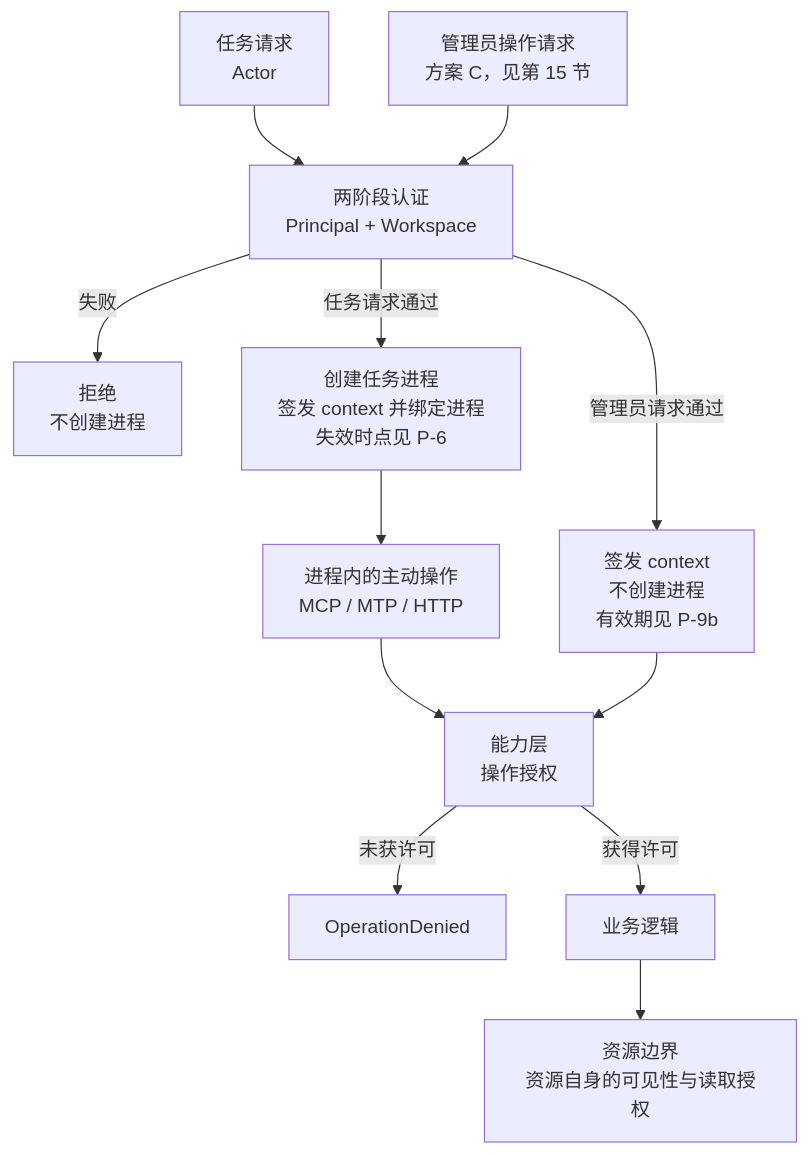
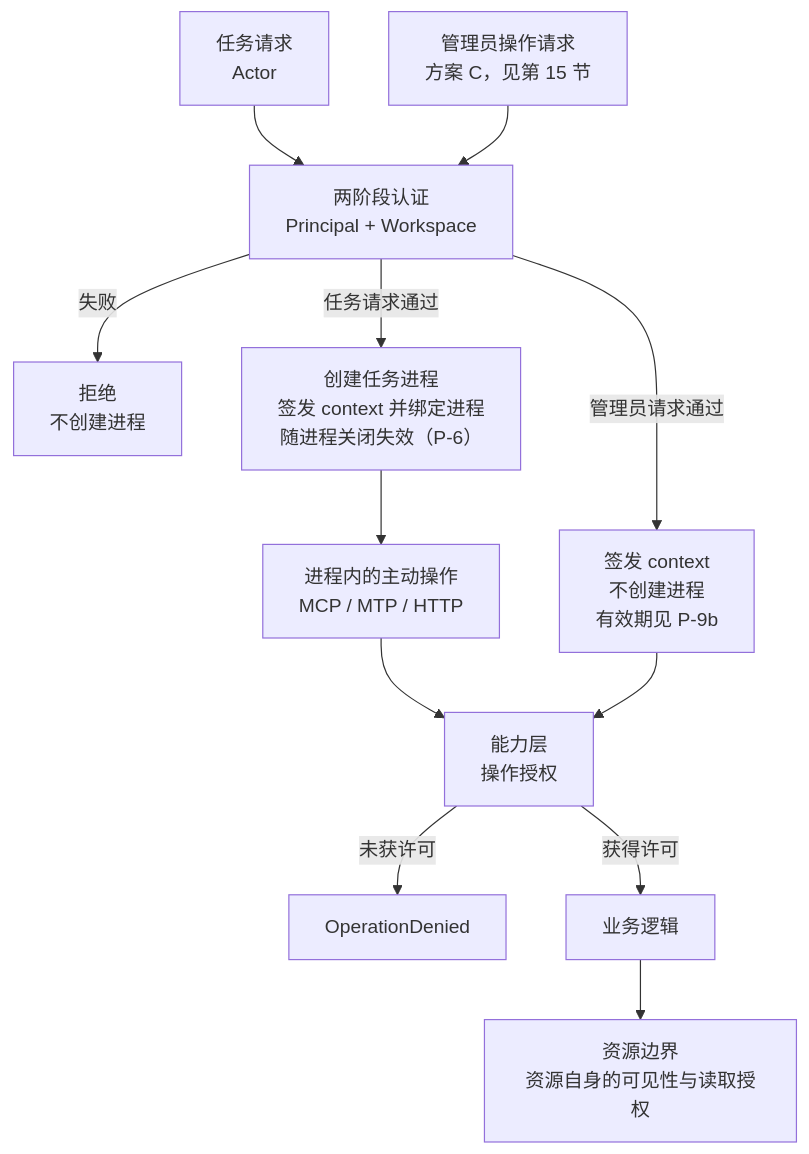
Before and after one commit to artemis03976/HiveMemory: the fourth of 5 diagrams in docs/ideas/workspace-network-task-process-architecture.md, drawn with Mermaid. The commit also changed other lines of this file and 179 other files, not shown here.

````diff
--- a/docs/ideas/workspace-network-task-process-architecture.md
+++ b/docs/ideas/workspace-network-task-process-architecture.md
@@ -556,14 +629,14 @@
 ```mermaid
 flowchart TB
     TR["任务请求<br/>Actor"] --> AUTH["两阶段认证<br/>Principal + Workspace"]
     AR["管理员操作请求<br/>方案 C，见第 15 节"] --> AUTH
     AUTH -- "失败" --> DENY["拒绝<br/>不创建进程"]
-    AUTH -- "任务请求通过" --> PROC["创建任务进程<br/>签发 context 并绑定进程<br/>失效时点见 P-6"]
+    AUTH -- "任务请求通过" --> PROC["创建任务进程<br/>签发 context 并绑定进程<br/>随进程关闭失效（P-6）"]
     AUTH -- "管理员请求通过" --> DCTX["签发 context<br/>不创建进程<br/>有效期见 P-9b"]
     PROC --> OPS["进程内的主动操作<br/>MCP / MTP / HTTP"]
     OPS --> CAP["能力层<br/>操作授权"]
     DCTX --> CAP
     CAP -- "未获许可" --> ODENY["OperationDenied"]
     CAP -- "获得许可" --> BIZ["业务逻辑"]
     BIZ --> RES["资源边界<br/>资源自身的可见性与读取授权"]
 ```
````
